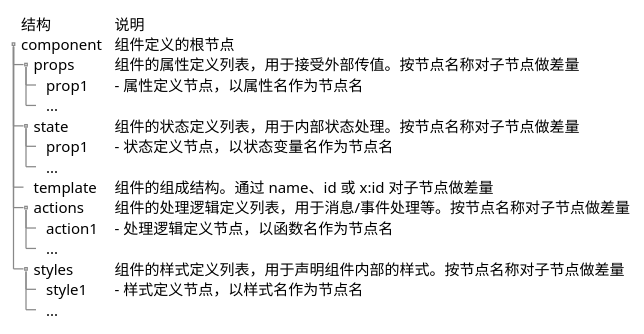
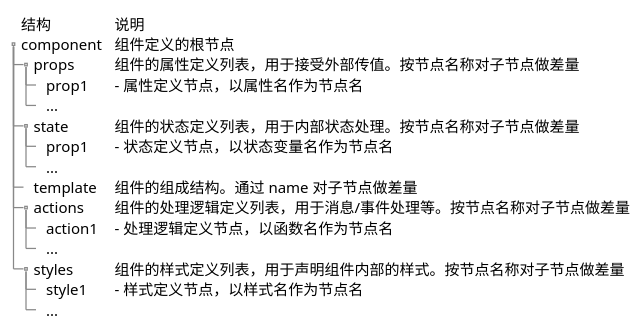
Before and after one commit to crazydan-studio/duzhou.crazydan.io: the second of 2 diagrams in docs/100.development/200.framework/500.server/400.ui/100.design.md, drawn with PlantUML. The commit also changed other lines of this file and 1 other file, not shown here.

````diff
--- a/docs/100.development/200.framework/500.server/400.ui/100.design.md
+++ b/docs/100.development/200.framework/500.server/400.ui/100.design.md
@@ -60,23 +60,23 @@
 ```plantuml
 @startsalt
 {
 {T
 +结构           | 说明
 + component    | 组件定义的根节点
 ++ props       | 组件的属性定义列表，用于接受外部传值。按节点名称对子节点做差量
 +++ prop1      | - 属性定义节点，以属性名作为节点名
 +++ ...
 ++ state       | 组件的状态定义列表，用于内部状态处理。按节点名称对子节点做差量
 +++ prop1      | - 状态定义节点，以状态变量名作为节点名
 +++ ...
-++ template    | 组件的组成结构。通过 name、id 或 x:id 对子节点做差量
+++ template    | 组件的组成结构。通过 name 对子节点做差量
 ++ actions     | 组件的处理逻辑定义列表，用于消息/事件处理等。按节点名称对子节点做差量
 +++ action1    | - 处理逻辑定义节点，以函数名作为节点名
 +++ ...
 ++ styles      | 组件的样式定义列表，用于声明组件内部的样式。按节点名称对子节点做差量
 +++ style1     | - 样式定义节点，以样式名作为节点名
 +++ ...
 }
 }
 @endsalt
 ```
````
